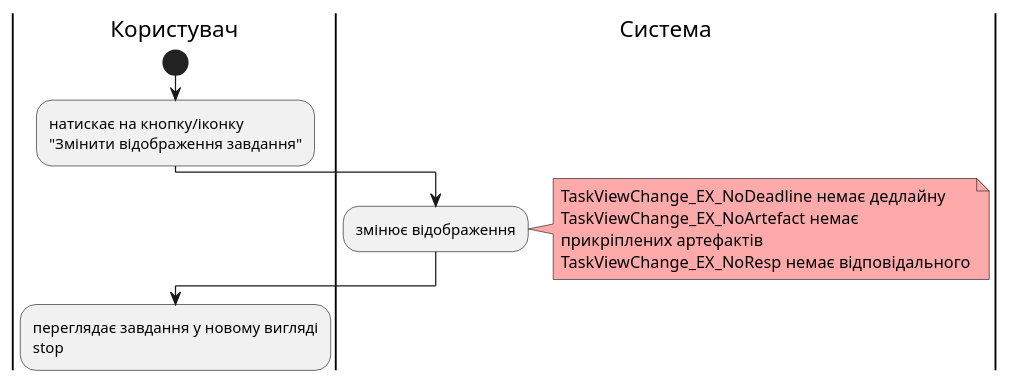
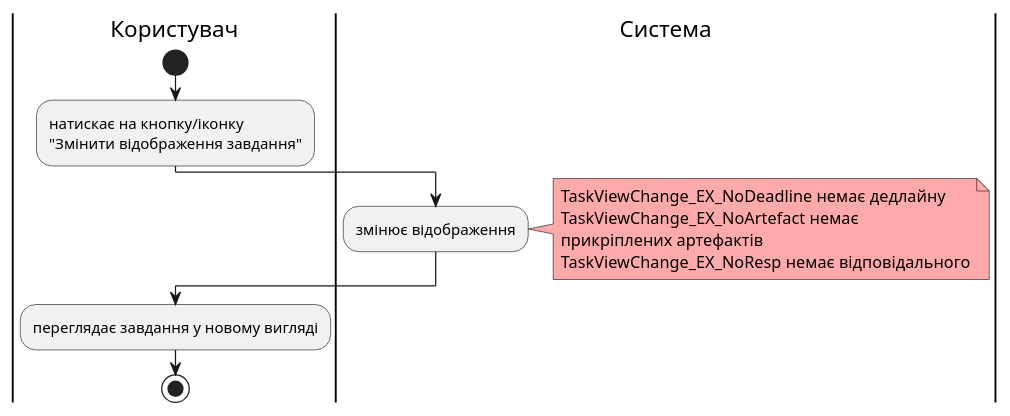
Diagram 16 of 16 in docs/use cases/README.md (cholombytko/project-management-system), drawn with PlantUML before and after one commit. The commit also changed other lines of this file, not shown here.

Commit message:
delete unnecessary

```diff
--- a/docs/use cases/README.md
+++ b/docs/use cases/README.md
@@ -653,19 +653,19 @@
 @startuml
 
     |Користувач|
         start
         :натискає на кнопку/іконку
         "Змінити відображення завдання";
     |Система|
         :змінює відображення;
         note right #ffaaaa
         TaskViewChange_EX_NoDeadline немає дедлайну
         TaskViewChange_EX_NoArtefact немає
         прикріплених артефактів
         TaskViewChange_EX_NoResp немає відповідального
         end note
     |Користувач|
-        :переглядає завдання у новому вигляді
+        :переглядає завдання у новому вигляді;
         stop;
 
 @enduml
```
